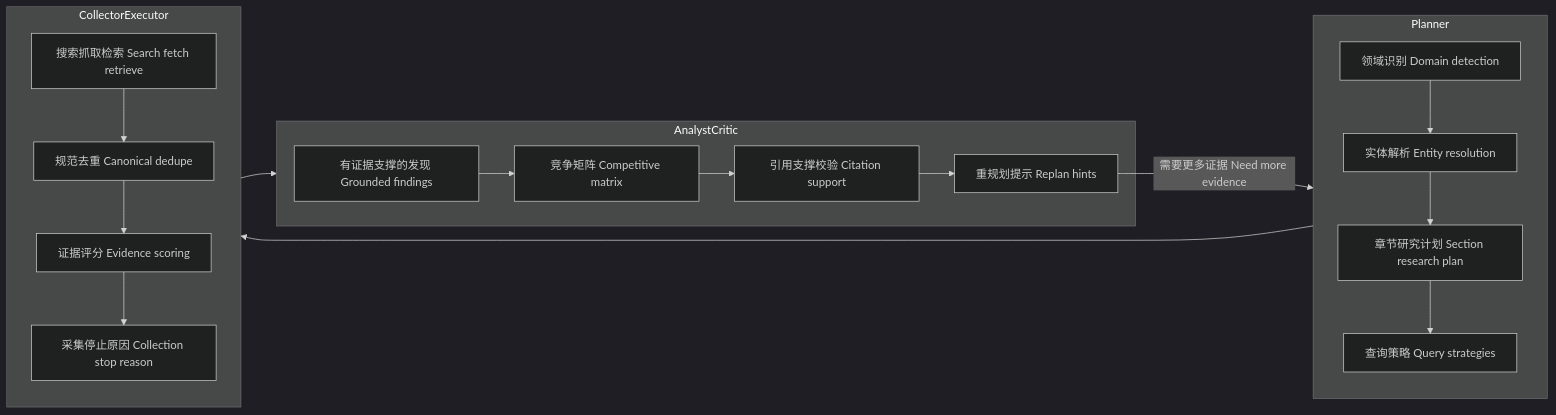
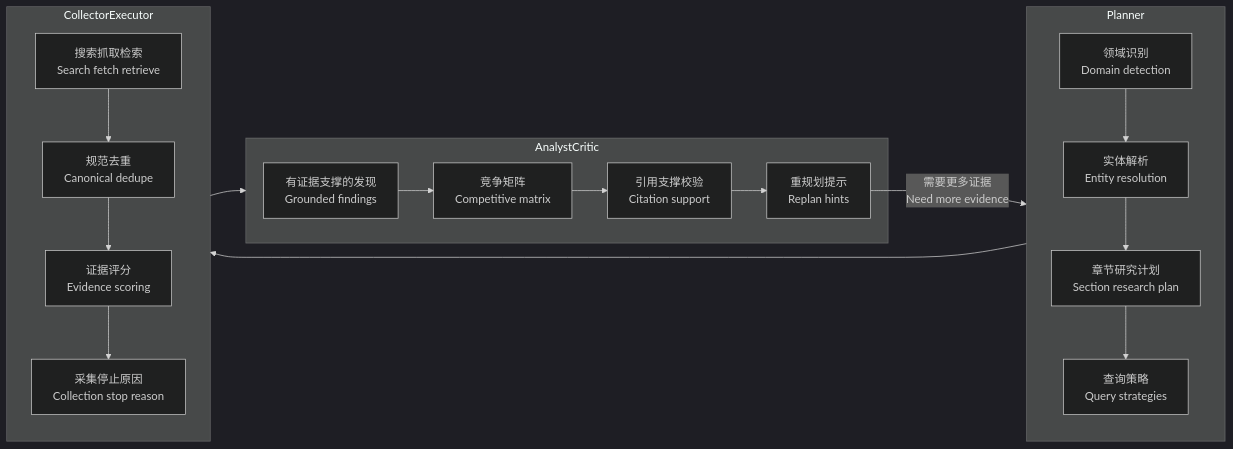
Before and after one commit to Caser-86/InsightGraph: the second of 3 diagrams in README.md, drawn with Mermaid (dark theme). The commit also changed other lines of this file, not shown here.

Commit message:
docs: split bilingual flowchart labels

````diff
--- a/README.md
+++ b/README.md
@@ -92,24 +92,24 @@
 ```mermaid
 flowchart LR
     subgraph Planner
-        P1["领域识别 Domain detection"] --> P2["实体解析 Entity resolution"]
-        P2 --> P3["章节研究计划 Section research plan"]
-        P3 --> P4["查询策略 Query strategies"]
+        P1["领域识别<br/>Domain detection"] --> P2["实体解析<br/>Entity resolution"]
+        P2 --> P3["章节研究计划<br/>Section research plan"]
+        P3 --> P4["查询策略<br/>Query strategies"]
     end
 
     subgraph CollectorExecutor
-        E1["搜索抓取检索 Search fetch retrieve"] --> E2["规范去重 Canonical dedupe"]
-        E2 --> E3["证据评分 Evidence scoring"]
-        E3 --> E4["采集停止原因 Collection stop reason"]
+        E1["搜索抓取检索<br/>Search fetch retrieve"] --> E2["规范去重<br/>Canonical dedupe"]
+        E2 --> E3["证据评分<br/>Evidence scoring"]
+        E3 --> E4["采集停止原因<br/>Collection stop reason"]
     end
 
     subgraph AnalystCritic
-        A1["有证据支撑的发现 Grounded findings"] --> A2["竞争矩阵 Competitive matrix"]
-        A2 --> C1["引用支撑校验 Citation support"]
-        C1 --> C2["重规划提示 Replan hints"]
+        A1["有证据支撑的发现<br/>Grounded findings"] --> A2["竞争矩阵<br/>Competitive matrix"]
+        A2 --> C1["引用支撑校验<br/>Citation support"]
+        C1 --> C2["重规划提示<br/>Replan hints"]
     end
 
     Planner --> CollectorExecutor
     CollectorExecutor --> AnalystCritic
-    C2 -->|"需要更多证据 Need more evidence"| Planner
+    C2 -->|"需要更多证据<br/>Need more evidence"| Planner
 ```
````
